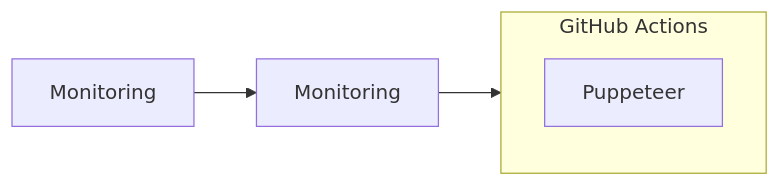
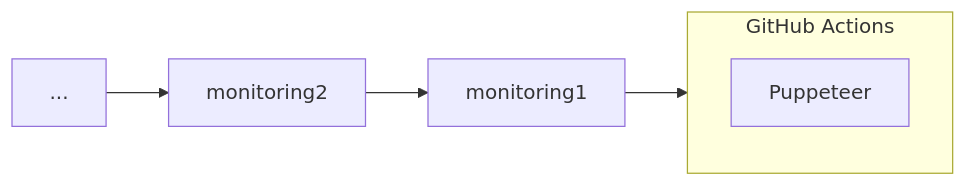
The first of 2 diagrams in articles/32804b577b6d6f.md (danny-yamamoto/synthetic-monintoring), drawn with Mermaid before and after one commit. The commit also changed other lines of this file and 4 other files, not shown here.

````diff
--- a/articles/32804b577b6d6f.md
+++ b/articles/32804b577b6d6f.md
@@ -28,10 +28,12 @@
 ```mermaid
 flowchart LR
-    monitoring1[Monitoring]
-    monitoring2[Monitoring]
+    monitoring1
+    monitoring2
+    monitoring3[...]
     subgraph runner1 [GitHub Actions]
         tool1[Puppeteer]
     end
     monitoring1 --> runner1
     monitoring2 --> monitoring1
+    monitoring3 --> monitoring2
 ```
````
